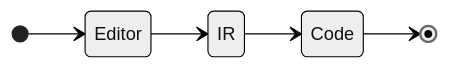
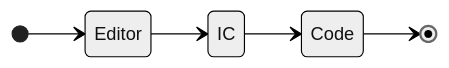
One commit to nguyendhst/HK231-Specialized-Project changed the fourth of 4 diagrams in documentation/research/system-design.md. Above: the diagram before and after it, drawn with Mermaid (neutral theme). The commit also changed other lines of this file, not shown here.

````diff
--- a/documentation/research/system-design.md
+++ b/documentation/research/system-design.md
@@ -117,8 +119,8 @@
 ```mermaid
 stateDiagram
 	direction LR
 	[*] --> Editor
-	Editor --> IR
-	IR --> Code
+	Editor --> IC
+	IC --> Code
 	Code --> [*]
 ```
````
